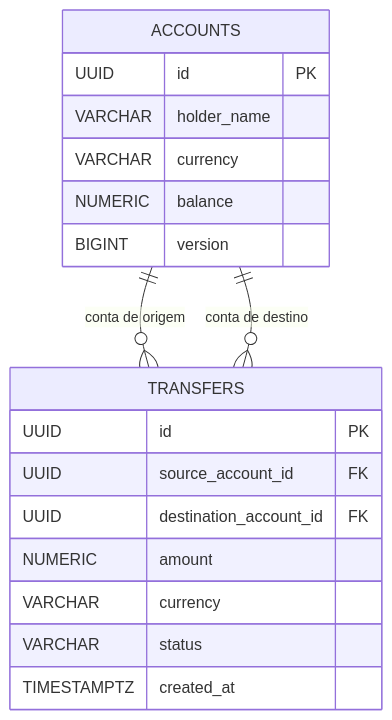
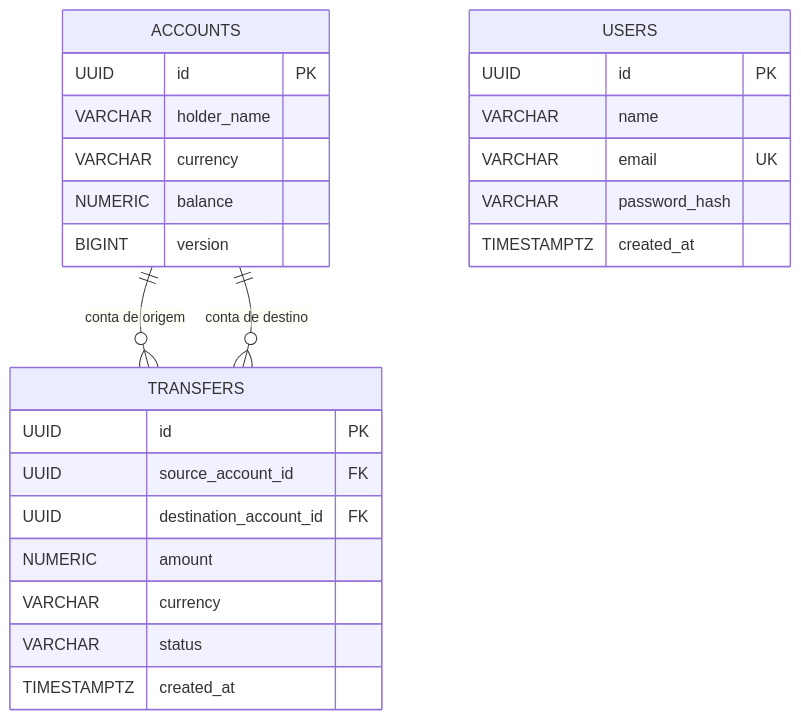
One commit to WilliamRochaJR/pay-flow changed the second of 3 diagrams in docs/domain-model.md. Above: the diagram before and after it, drawn with Mermaid. The commit also changed other lines of this file and 22 other files, not shown here.

````diff
--- a/docs/domain-model.md
+++ b/docs/domain-model.md
@@ -112,23 +134,31 @@
 ```mermaid
 erDiagram
     ACCOUNTS ||--o{ TRANSFERS : "conta de origem"
     ACCOUNTS ||--o{ TRANSFERS : "conta de destino"
 
     ACCOUNTS {
         UUID id PK
         VARCHAR holder_name
         VARCHAR currency
         NUMERIC balance
         BIGINT version
     }
 
+    USERS {
+        UUID id PK
+        VARCHAR name
+        VARCHAR email UK
+        VARCHAR password_hash
+        TIMESTAMPTZ created_at
+    }
+
     TRANSFERS {
         UUID id PK
         UUID source_account_id FK
         UUID destination_account_id FK
         NUMERIC amount
         VARCHAR currency
         VARCHAR status
         TIMESTAMPTZ created_at
     }
 ```
````
